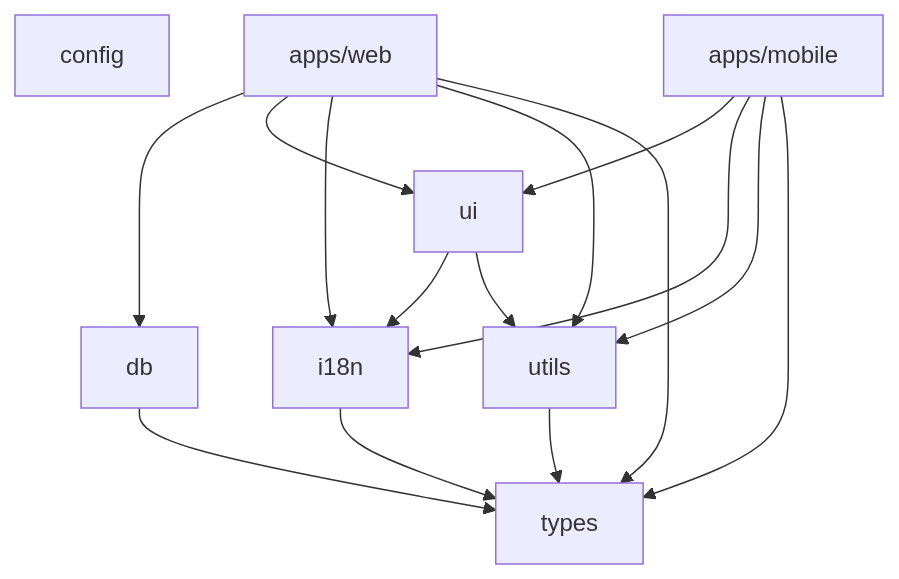
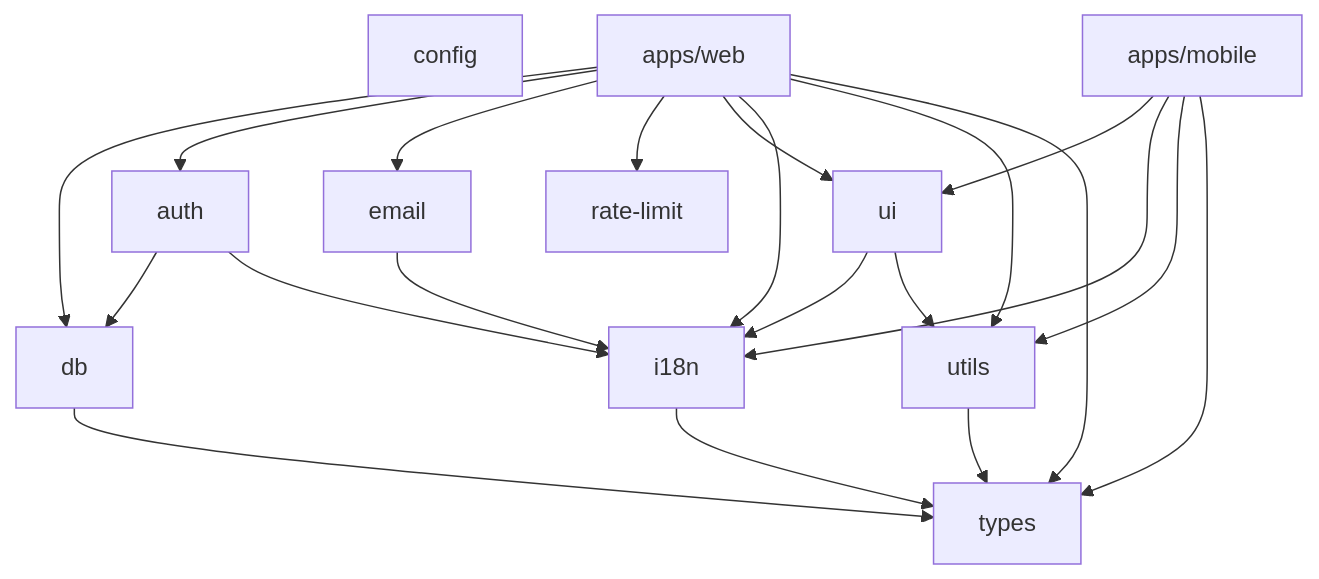
Before and after one commit to Pablo5Berriz/eduquiz: the second of 5 diagrams in docs/01-architecture.md, drawn with Mermaid. The commit also changed other lines of this file and 7 other files, not shown here.

````diff
--- a/docs/01-architecture.md
+++ b/docs/01-architecture.md
@@ -101,26 +107,35 @@
 ```mermaid
 flowchart TB
   config[config]
   types[types]
   utils[utils]
   i18n[i18n]
   db[db]
+  auth[auth]
+  email[email]
+  rate[rate-limit]
   ui[ui]
   web[apps/web]
   mobile[apps/mobile]
 
   utils --> types
   i18n --> types
   db --> types
   ui --> i18n
   ui --> utils
+  auth --> db
+  auth --> i18n
+  email --> i18n
   web --> db
+  web --> auth
+  web --> email
+  web --> rate
   web --> ui
   web --> i18n
   web --> utils
   web --> types
   mobile --> ui
   mobile --> i18n
   mobile --> utils
   mobile --> types
 ```
````
